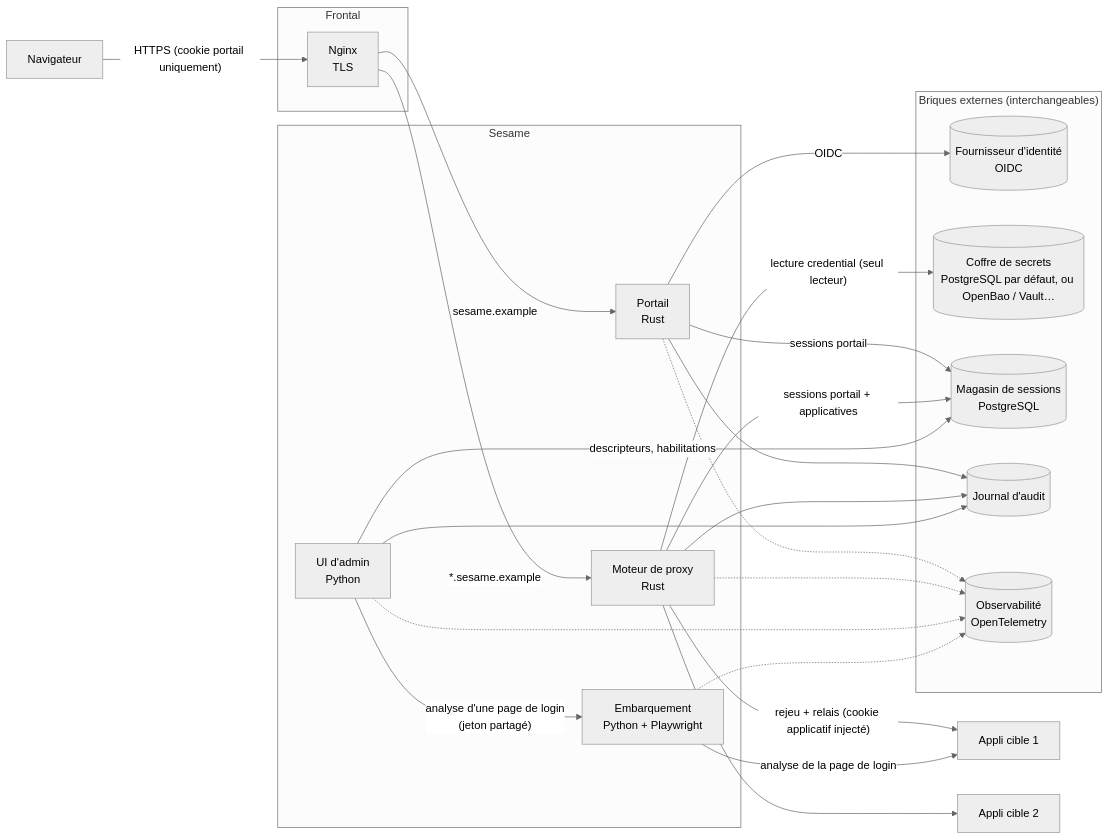
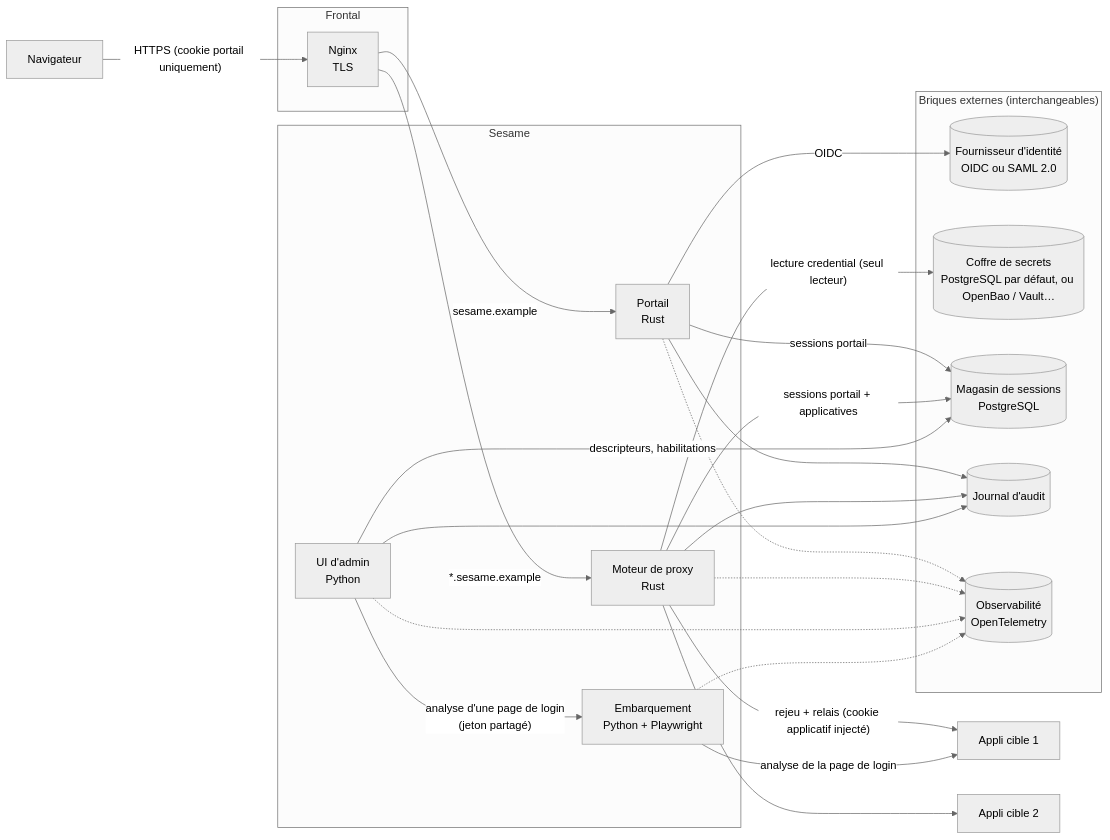
The first of 7 diagrams in docs/architecture.md (neoisback431/Sesame), drawn with Mermaid (neutral theme) before and after one commit. The commit also changed other lines of this file and 25 other files, not shown here.

First line of the commit message:
feat: support SAML 2.0, en plus d'OIDC (ADR 0024)

````diff
--- a/docs/architecture.md
+++ b/docs/architecture.md
@@ -9,37 +9,37 @@
 ```mermaid
 flowchart LR
     B[Navigateur]
     subgraph Frontal
         N[Nginx<br/>TLS]
     end
     subgraph Sesame
         P[Portail<br/>Rust]
         X[Moteur de proxy<br/>Rust]
         A[UI d'admin<br/>Python]
         O[Embarquement<br/>Python + Playwright]
     end
     subgraph "Briques externes (interchangeables)"
-        IDP[(Fournisseur d'identité<br/>OIDC)]
+        IDP[(Fournisseur d'identité<br/>OIDC ou SAML 2.0)]
         S[(Coffre de secrets<br/>PostgreSQL par défaut, ou OpenBao / Vault…)]
         DB[(Magasin de sessions<br/>PostgreSQL)]
         AU[(Journal d'audit)]
         OT[(Observabilité<br/>OpenTelemetry)]
     end
     APP1[Appli cible 1]
     APP2[Appli cible 2]
 
     B -- "HTTPS (cookie portail uniquement)" --> N
     N -- "sesame.example" --> P
     N -- "*.sesame.example" --> X
     P -- OIDC --> IDP
     P -- sessions portail --> DB
     X -- sessions portail + applicatives --> DB
     X -- "lecture credential (seul lecteur)" --> S
     X -- "rejeu + relais (cookie applicatif injecté)" --> APP1
     X --> APP2
     P & X & A --> AU
     P & X & A & O -.-> OT
     A -- descripteurs, habilitations --> DB
     A -- "analyse d'une page de login<br/>(jeton partagé)" --> O
     O -- "analyse de la page de login" --> APP1
 ```
````
